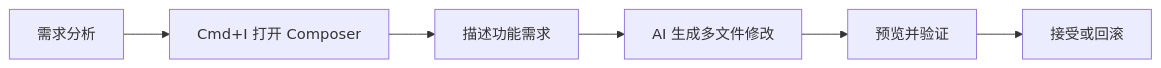
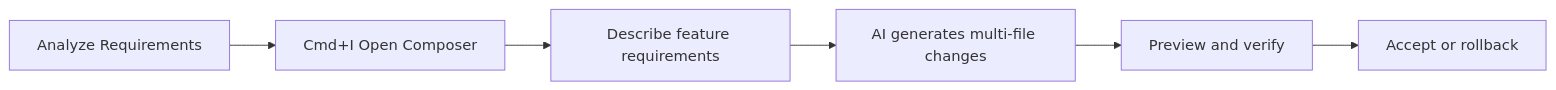
One commit to DDR187/cursor-howto changed the eighth of 9 diagrams in 01-shortcuts/README.md. Above: the diagram before and after it, drawn with Mermaid. The commit also changed other lines of this file and 22 other files, not shown here.

````diff
--- a/01-shortcuts/README.md
+++ b/01-shortcuts/README.md
@@ -406,8 +406,8 @@
 ```mermaid
 flowchart LR
-    A[需求分析] --> B[Cmd+I 打开 Composer]
-    B --> C[描述功能需求]
-    C --> D[AI 生成多文件修改]
-    D --> E[预览并验证]
-    E --> F[接受或回滚]
+    A[Analyze Requirements] --> B[Cmd+I Open Composer]
+    B --> C[Describe feature requirements]
+    C --> D[AI generates multi-file changes]
+    D --> E[Preview and verify]
+    E --> F[Accept or rollback]
 ```
````
